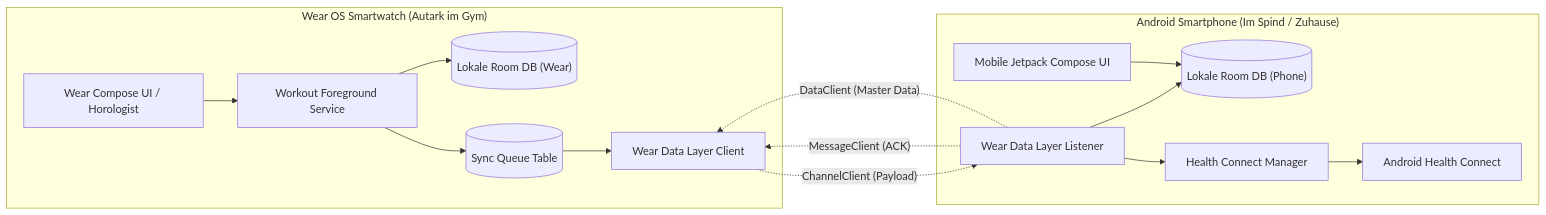
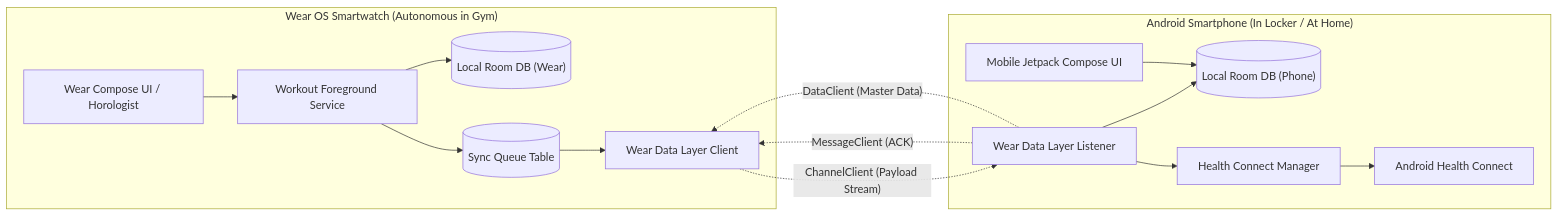
The first of 4 diagrams in ARCHITECTURE.md (christian98b/LockerLift), drawn with Mermaid before and after one commit. The commit also changed other lines of this file and 16 other files, not shown here.

````diff
--- a/ARCHITECTURE.md
+++ b/ARCHITECTURE.md
@@ -18,32 +18,32 @@
 ```mermaid
 flowchart LR
-    subgraph WearOS ["Wear OS Smartwatch (Autark im Gym)"]
+    subgraph WearOS ["Wear OS Smartwatch (Autonomous in Gym)"]
         UI_Wear["Wear Compose UI / Horologist"]
         FG_Service["Workout Foreground Service"]
-        DB_Wear[("Lokale Room DB (Wear)")]
+        DB_Wear[("Local Room DB (Wear)")]
         Sync_Queue[("Sync Queue Table")]
         Wear_Sync["Wear Data Layer Client"]
         
         UI_Wear --> FG_Service
         FG_Service --> DB_Wear
         FG_Service --> Sync_Queue
         Sync_Queue --> Wear_Sync
     end
 
-    subgraph Phone ["Android Smartphone (Im Spind / Zuhause)"]
+    subgraph Phone ["Android Smartphone (In Locker / At Home)"]
         Mobile_Sync["Wear Data Layer Listener"]
-        DB_Mobile[("Lokale Room DB (Phone)")]
+        DB_Mobile[("Local Room DB (Phone)")]
         UI_Mobile["Mobile Jetpack Compose UI"]
         HC_Bridge["Health Connect Manager"]
         HC_API["Android Health Connect"]
         
         Mobile_Sync --> DB_Mobile
         Mobile_Sync --> HC_Bridge
         HC_Bridge --> HC_API
         UI_Mobile --> DB_Mobile
     end
 
-    Wear_Sync -.->|"ChannelClient (Payload)"| Mobile_Sync
+    Wear_Sync -.->|"ChannelClient (Payload Stream)"| Mobile_Sync
     Mobile_Sync -.->|"MessageClient (ACK)"| Wear_Sync
     Mobile_Sync -.->|"DataClient (Master Data)"| Wear_Sync
 ```
````
